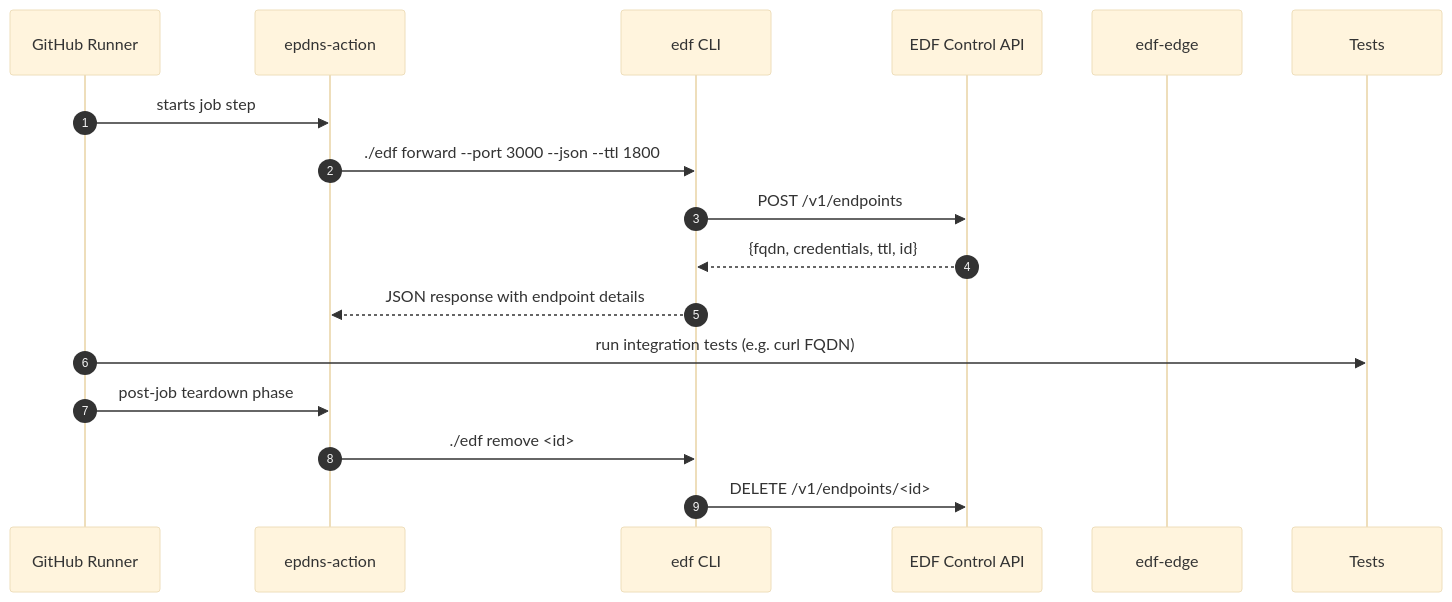
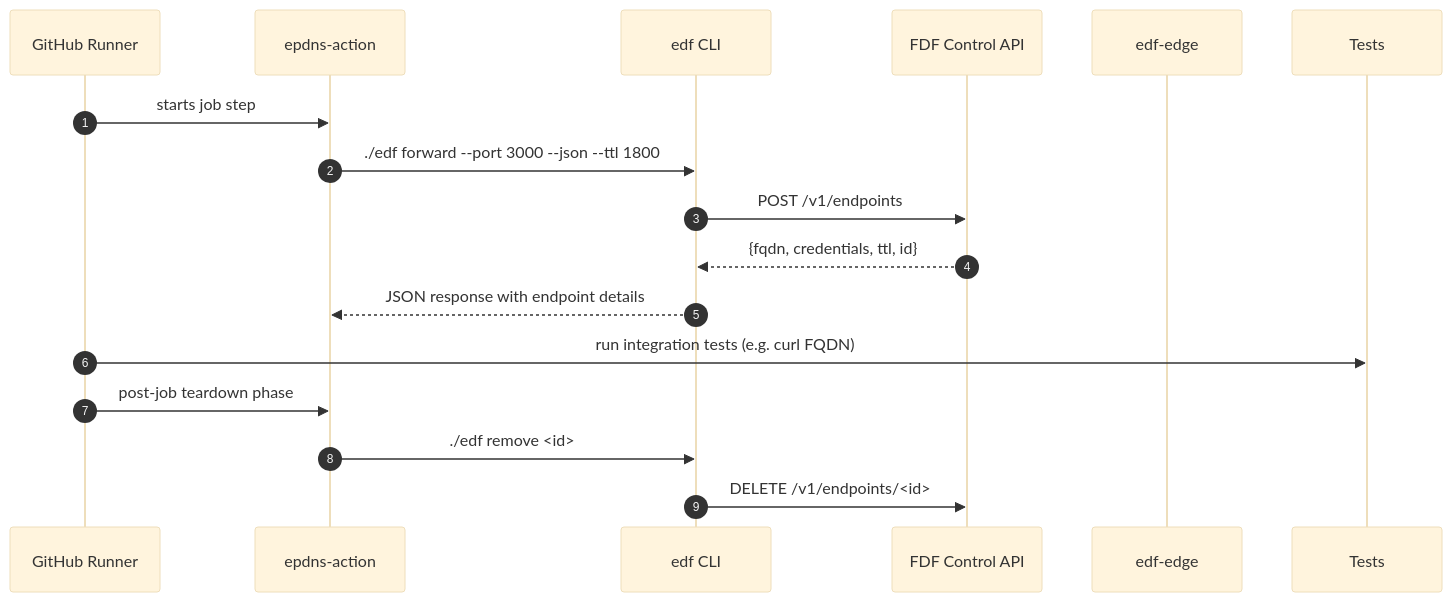
Before and after one commit to microscaler/fleetingdns: the diagram in docs/engineering/E6-CI_Integration_GitHub_Action_(Design_v0.1).md, drawn with Mermaid (base theme). The commit also changed other lines of this file and 11 other files, not shown here.

````diff
--- a/docs/engineering/E6-CI_Integration_GitHub_Action_(Design_v0.1).md
+++ b/docs/engineering/E6-CI_Integration_GitHub_Action_(Design_v0.1).md
@@ -30,19 +30,19 @@
 ```mermaid
 sequenceDiagram
   autonumber
   participant Runner as GitHub Runner
   participant Action as epdns-action
   participant CLI as edf CLI
-  participant API as EDF Control API
+  participant API as FDF Control API
   participant Edge as edf-edge
 
   Runner->>Action: starts job step
   Action->>CLI: ./edf forward --port 3000 --json --ttl 1800
   CLI->>API: POST /v1/endpoints
   API-->>CLI: {fqdn, credentials, ttl, id}
   CLI-->>Action: JSON response with endpoint details
   Runner->>Tests: run integration tests (e.g. curl FQDN)
   Runner->>Action: post-job teardown phase
   Action->>CLI: ./edf remove <id>
   CLI->>API: DELETE /v1/endpoints/<id>
 ```
````
